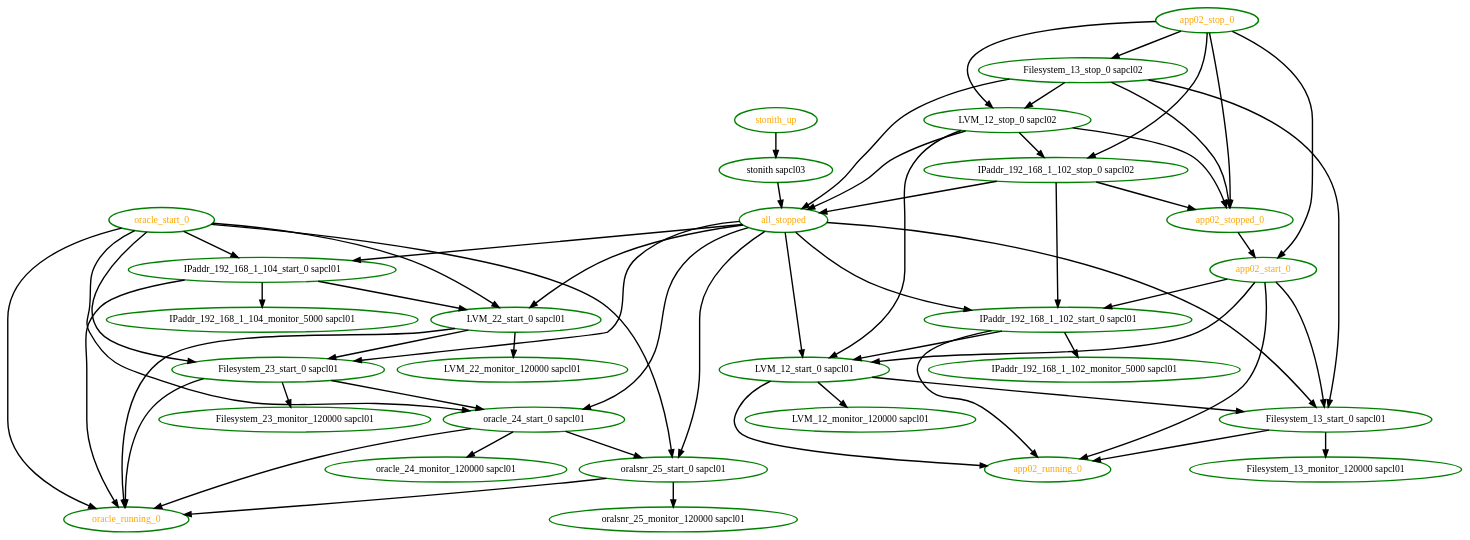
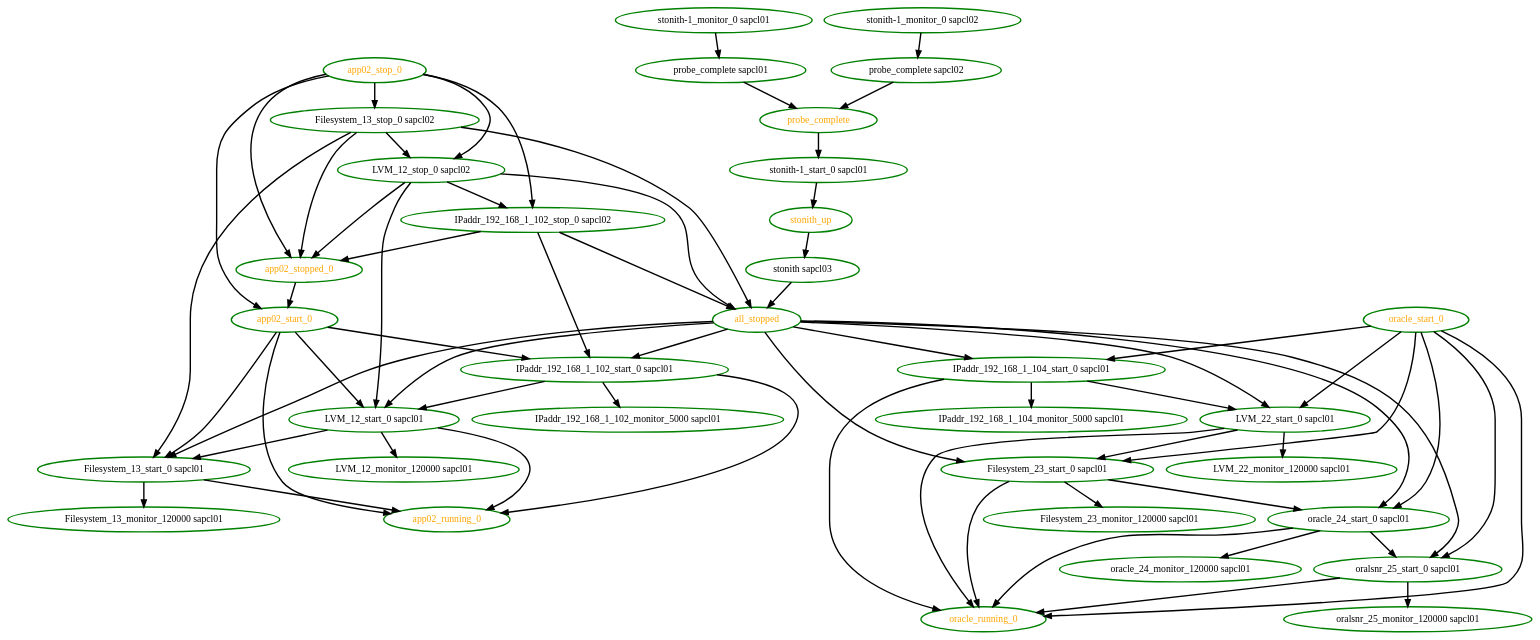
One commit to linux-ha-japan/pm_diskd changed the diagram in pengine/test10/rec-node-15.dot. Above: the diagram before and after it, drawn with Graphviz. The commit also changed 209 other files, not shown here.

```diff
--- a/pengine/test10/rec-node-15.dot
+++ b/pengine/test10/rec-node-15.dot
@@ -1,89 +1,101 @@
  digraph "g" {
 "Filesystem_13_monitor_120000 sapcl01" [ style=bold color="green" fontcolor="black"  ]
 "Filesystem_13_start_0 sapcl01" -> "Filesystem_13_monitor_120000 sapcl01" [ style = bold]
 "Filesystem_13_start_0 sapcl01" -> "app02_running_0" [ style = bold]
 "Filesystem_13_start_0 sapcl01" [ style=bold color="green" fontcolor="black"  ]
 "Filesystem_13_stop_0 sapcl02" -> "Filesystem_13_start_0 sapcl01" [ style = bold]
 "Filesystem_13_stop_0 sapcl02" -> "LVM_12_stop_0 sapcl02" [ style = bold]
 "Filesystem_13_stop_0 sapcl02" -> "all_stopped" [ style = bold]
 "Filesystem_13_stop_0 sapcl02" -> "app02_stopped_0" [ style = bold]
 "Filesystem_13_stop_0 sapcl02" [ style=bold color="green" fontcolor="black"  ]
 "Filesystem_23_monitor_120000 sapcl01" [ style=bold color="green" fontcolor="black"  ]
 "Filesystem_23_start_0 sapcl01" -> "Filesystem_23_monitor_120000 sapcl01" [ style = bold]
 "Filesystem_23_start_0 sapcl01" -> "oracle_24_start_0 sapcl01" [ style = bold]
 "Filesystem_23_start_0 sapcl01" -> "oracle_running_0" [ style = bold]
 "Filesystem_23_start_0 sapcl01" [ style=bold color="green" fontcolor="black"  ]
 "IPaddr_192_168_1_102_monitor_5000 sapcl01" [ style=bold color="green" fontcolor="black"  ]
 "IPaddr_192_168_1_102_start_0 sapcl01" -> "IPaddr_192_168_1_102_monitor_5000 sapcl01" [ style = bold]
 "IPaddr_192_168_1_102_start_0 sapcl01" -> "LVM_12_start_0 sapcl01" [ style = bold]
 "IPaddr_192_168_1_102_start_0 sapcl01" -> "app02_running_0" [ style = bold]
 "IPaddr_192_168_1_102_start_0 sapcl01" [ style=bold color="green" fontcolor="black"  ]
 "IPaddr_192_168_1_102_stop_0 sapcl02" -> "IPaddr_192_168_1_102_start_0 sapcl01" [ style = bold]
 "IPaddr_192_168_1_102_stop_0 sapcl02" -> "all_stopped" [ style = bold]
 "IPaddr_192_168_1_102_stop_0 sapcl02" -> "app02_stopped_0" [ style = bold]
 "IPaddr_192_168_1_102_stop_0 sapcl02" [ style=bold color="green" fontcolor="black"  ]
 "IPaddr_192_168_1_104_monitor_5000 sapcl01" [ style=bold color="green" fontcolor="black"  ]
 "IPaddr_192_168_1_104_start_0 sapcl01" -> "IPaddr_192_168_1_104_monitor_5000 sapcl01" [ style = bold]
 "IPaddr_192_168_1_104_start_0 sapcl01" -> "LVM_22_start_0 sapcl01" [ style = bold]
 "IPaddr_192_168_1_104_start_0 sapcl01" -> "oracle_running_0" [ style = bold]
 "IPaddr_192_168_1_104_start_0 sapcl01" [ style=bold color="green" fontcolor="black"  ]
 "LVM_12_monitor_120000 sapcl01" [ style=bold color="green" fontcolor="black"  ]
 "LVM_12_start_0 sapcl01" -> "Filesystem_13_start_0 sapcl01" [ style = bold]
 "LVM_12_start_0 sapcl01" -> "LVM_12_monitor_120000 sapcl01" [ style = bold]
 "LVM_12_start_0 sapcl01" -> "app02_running_0" [ style = bold]
 "LVM_12_start_0 sapcl01" [ style=bold color="green" fontcolor="black"  ]
 "LVM_12_stop_0 sapcl02" -> "IPaddr_192_168_1_102_stop_0 sapcl02" [ style = bold]
 "LVM_12_stop_0 sapcl02" -> "LVM_12_start_0 sapcl01" [ style = bold]
 "LVM_12_stop_0 sapcl02" -> "all_stopped" [ style = bold]
 "LVM_12_stop_0 sapcl02" -> "app02_stopped_0" [ style = bold]
 "LVM_12_stop_0 sapcl02" [ style=bold color="green" fontcolor="black"  ]
 "LVM_22_monitor_120000 sapcl01" [ style=bold color="green" fontcolor="black"  ]
 "LVM_22_start_0 sapcl01" -> "Filesystem_23_start_0 sapcl01" [ style = bold]
 "LVM_22_start_0 sapcl01" -> "LVM_22_monitor_120000 sapcl01" [ style = bold]
 "LVM_22_start_0 sapcl01" -> "oracle_running_0" [ style = bold]
 "LVM_22_start_0 sapcl01" [ style=bold color="green" fontcolor="black"  ]
 "all_stopped" -> "Filesystem_13_start_0 sapcl01" [ style = bold]
 "all_stopped" -> "Filesystem_23_start_0 sapcl01" [ style = bold]
 "all_stopped" -> "IPaddr_192_168_1_102_start_0 sapcl01" [ style = bold]
 "all_stopped" -> "IPaddr_192_168_1_104_start_0 sapcl01" [ style = bold]
 "all_stopped" -> "LVM_12_start_0 sapcl01" [ style = bold]
 "all_stopped" -> "LVM_22_start_0 sapcl01" [ style = bold]
 "all_stopped" -> "oracle_24_start_0 sapcl01" [ style = bold]
 "all_stopped" -> "oralsnr_25_start_0 sapcl01" [ style = bold]
 "all_stopped" [ style=bold color="green" fontcolor="orange"  ]
 "app02_running_0" [ style=bold color="green" fontcolor="orange"  ]
 "app02_start_0" -> "Filesystem_13_start_0 sapcl01" [ style = bold]
 "app02_start_0" -> "IPaddr_192_168_1_102_start_0 sapcl01" [ style = bold]
 "app02_start_0" -> "LVM_12_start_0 sapcl01" [ style = bold]
 "app02_start_0" -> "app02_running_0" [ style = bold]
 "app02_start_0" [ style=bold color="green" fontcolor="orange"  ]
 "app02_stop_0" -> "Filesystem_13_stop_0 sapcl02" [ style = bold]
 "app02_stop_0" -> "IPaddr_192_168_1_102_stop_0 sapcl02" [ style = bold]
 "app02_stop_0" -> "LVM_12_stop_0 sapcl02" [ style = bold]
 "app02_stop_0" -> "app02_start_0" [ style = bold]
 "app02_stop_0" -> "app02_stopped_0" [ style = bold]
 "app02_stop_0" [ style=bold color="green" fontcolor="orange"  ]
 "app02_stopped_0" -> "app02_start_0" [ style = bold]
 "app02_stopped_0" [ style=bold color="green" fontcolor="orange"  ]
 "oracle_24_monitor_120000 sapcl01" [ style=bold color="green" fontcolor="black"  ]
 "oracle_24_start_0 sapcl01" -> "oracle_24_monitor_120000 sapcl01" [ style = bold]
 "oracle_24_start_0 sapcl01" -> "oracle_running_0" [ style = bold]
 "oracle_24_start_0 sapcl01" -> "oralsnr_25_start_0 sapcl01" [ style = bold]
 "oracle_24_start_0 sapcl01" [ style=bold color="green" fontcolor="black"  ]
 "oracle_running_0" [ style=bold color="green" fontcolor="orange"  ]
 "oracle_start_0" -> "Filesystem_23_start_0 sapcl01" [ style = bold]
 "oracle_start_0" -> "IPaddr_192_168_1_104_start_0 sapcl01" [ style = bold]
 "oracle_start_0" -> "LVM_22_start_0 sapcl01" [ style = bold]
 "oracle_start_0" -> "oracle_24_start_0 sapcl01" [ style = bold]
 "oracle_start_0" -> "oracle_running_0" [ style = bold]
 "oracle_start_0" -> "oralsnr_25_start_0 sapcl01" [ style = bold]
 "oracle_start_0" [ style=bold color="green" fontcolor="orange"  ]
 "oralsnr_25_monitor_120000 sapcl01" [ style=bold color="green" fontcolor="black"  ]
 "oralsnr_25_start_0 sapcl01" -> "oracle_running_0" [ style = bold]
 "oralsnr_25_start_0 sapcl01" -> "oralsnr_25_monitor_120000 sapcl01" [ style = bold]
 "oralsnr_25_start_0 sapcl01" [ style=bold color="green" fontcolor="black"  ]
+"probe_complete sapcl01" -> "probe_complete" [ style = bold]
+"probe_complete sapcl01" [ style=bold color="green" fontcolor="black"  ]
+"probe_complete sapcl02" -> "probe_complete" [ style = bold]
+"probe_complete sapcl02" [ style=bold color="green" fontcolor="black"  ]
+"probe_complete" -> "stonith-1_start_0 sapcl01" [ style = bold]
+"probe_complete" [ style=bold color="green" fontcolor="orange"  ]
 "stonith sapcl03" -> "all_stopped" [ style = bold]
 "stonith sapcl03" [ style=bold color="green" fontcolor="black"  ]
+"stonith-1_monitor_0 sapcl01" -> "probe_complete sapcl01" [ style = bold]
+"stonith-1_monitor_0 sapcl01" [ style=bold color="green" fontcolor="black"  ]
+"stonith-1_monitor_0 sapcl02" -> "probe_complete sapcl02" [ style = bold]
+"stonith-1_monitor_0 sapcl02" [ style=bold color="green" fontcolor="black"  ]
+"stonith-1_start_0 sapcl01" -> "stonith_up" [ style = bold]
+"stonith-1_start_0 sapcl01" [ style=bold color="green" fontcolor="black"  ]
 "stonith_up" -> "stonith sapcl03" [ style = bold]
 "stonith_up" [ style=bold color="green" fontcolor="orange"  ]
 }
```
